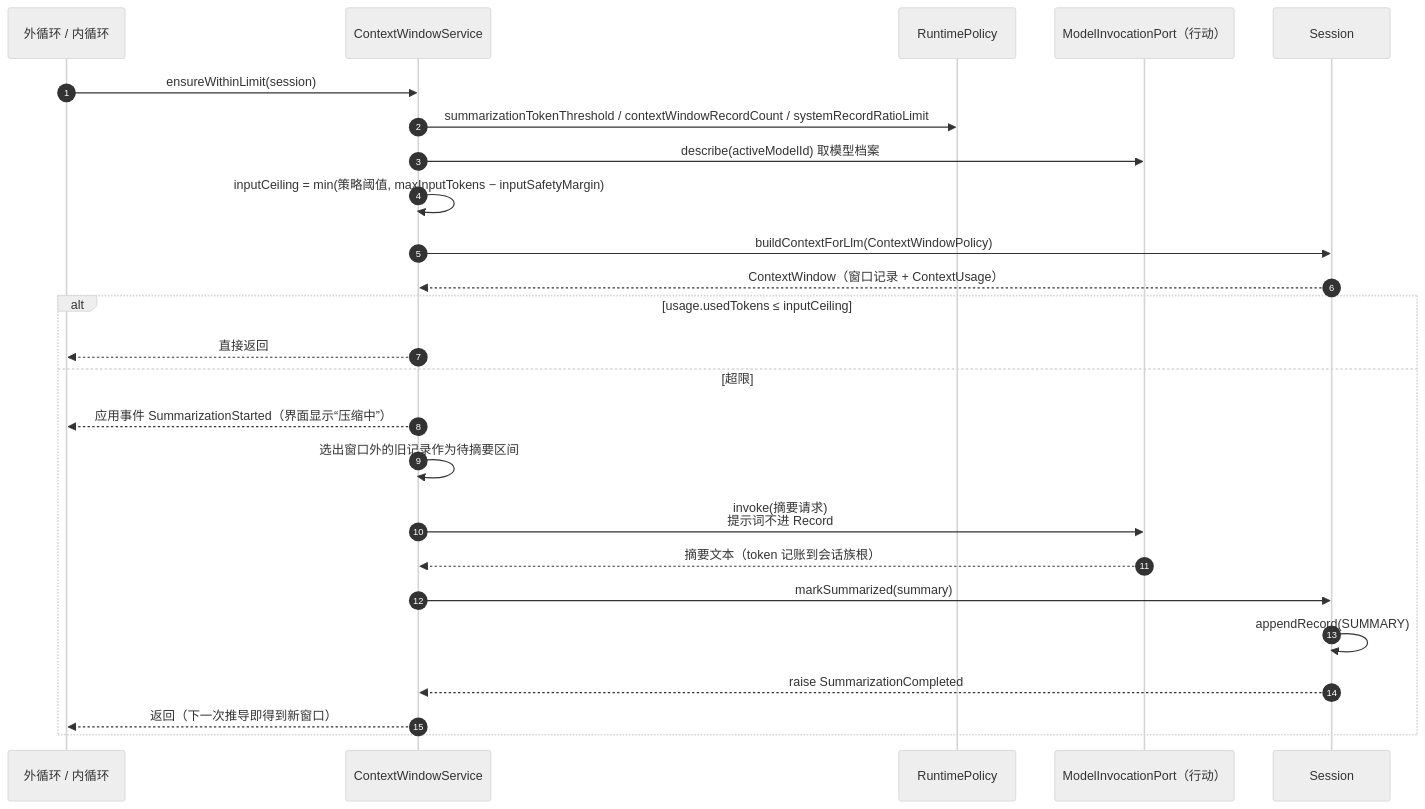
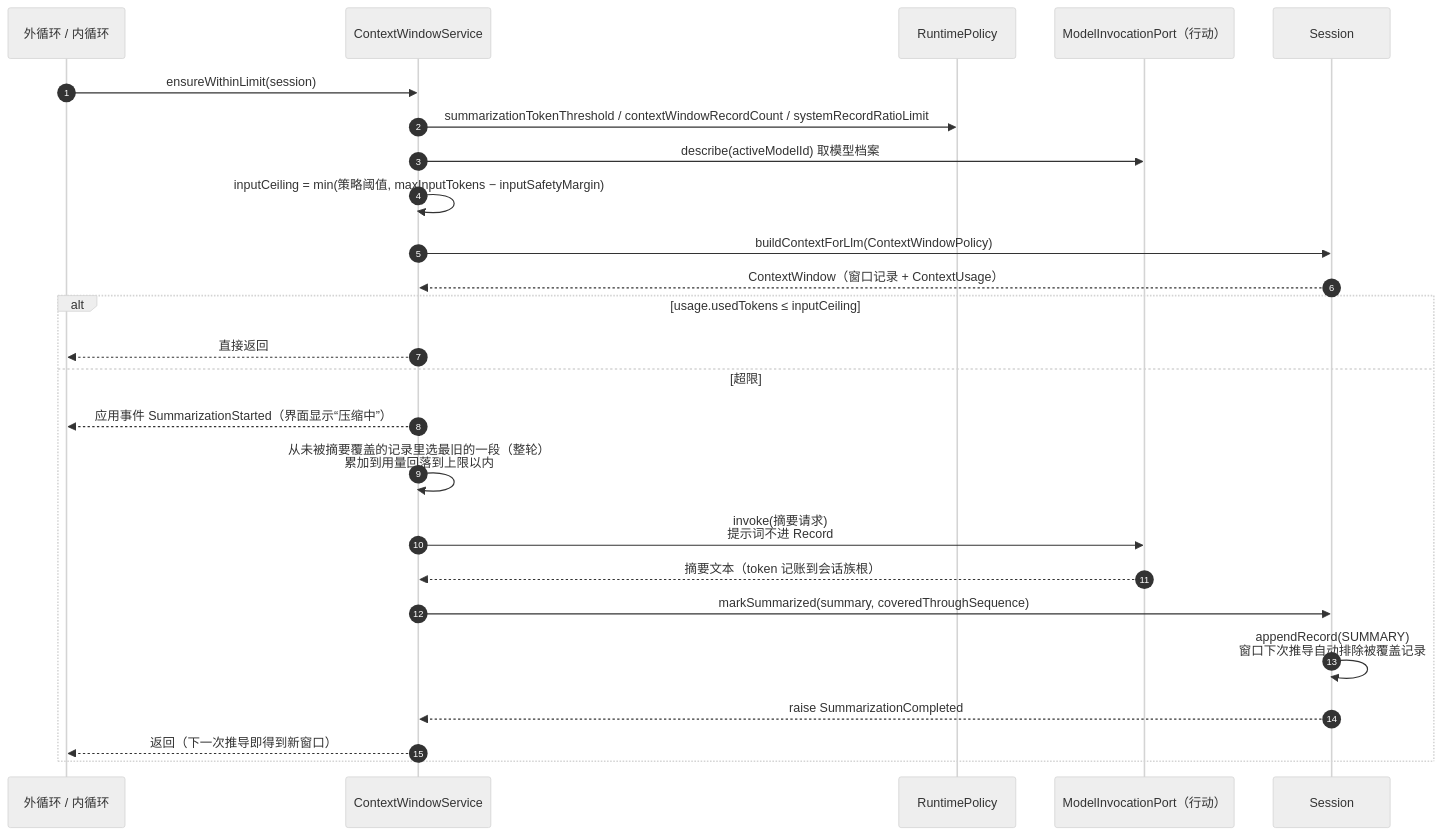
The third of 6 diagrams in model/模块-感知.md (zcd0831/Jellyfish-Docs), drawn with Mermaid (neutral theme) before and after one commit. The commit also changed other lines of this file and 13 other files, not shown here.

````diff
--- a/model/模块-感知.md
+++ b/model/模块-感知.md
@@ -401,28 +404,28 @@
 ```mermaid
 sequenceDiagram
     autonumber
     participant APP as 外循环 / 内循环
     participant CW as ContextWindowService
     participant RP as RuntimePolicy
     participant PORT as ModelInvocationPort（行动）
     participant S as Session
 
     APP->>CW: ensureWithinLimit(session)
     CW->>RP: summarizationTokenThreshold / contextWindowRecordCount / systemRecordRatioLimit
     CW->>PORT: describe(activeModelId) 取模型档案
     CW->>CW: inputCeiling = min(策略阈值, maxInputTokens − inputSafetyMargin)
     CW->>S: buildContextForLlm(ContextWindowPolicy)
     S-->>CW: ContextWindow（窗口记录 + ContextUsage）
     alt usage.usedTokens ≤ inputCeiling
         CW-->>APP: 直接返回
     else 超限
         CW-->>APP: 应用事件 SummarizationStarted（界面显示“压缩中”）
-        CW->>CW: 选出窗口外的旧记录作为待摘要区间
+        CW->>CW: 从未被摘要覆盖的记录里选最旧的一段（整轮）<br/>累加到用量回落到上限以内
         CW->>PORT: invoke(摘要请求)<br/>提示词不进 Record
         PORT-->>CW: 摘要文本（token 记账到会话族根）
-        CW->>S: markSummarized(summary)
-        S->>S: appendRecord(SUMMARY)
+        CW->>S: markSummarized(summary, coveredThroughSequence)
+        S->>S: appendRecord(SUMMARY)<br/>窗口下次推导自动排除被覆盖记录
         S-->>CW: raise SummarizationCompleted
         CW-->>APP: 返回（下一次推导即得到新窗口）
     end
 ```
````
